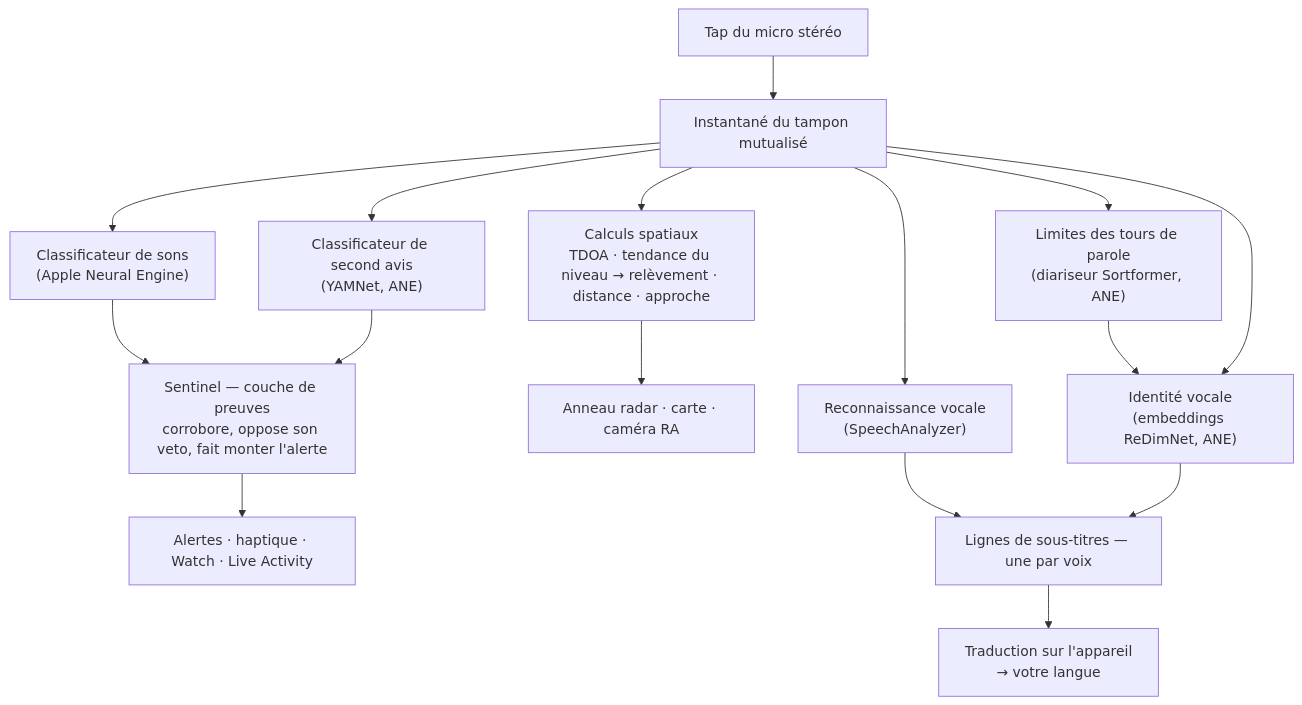
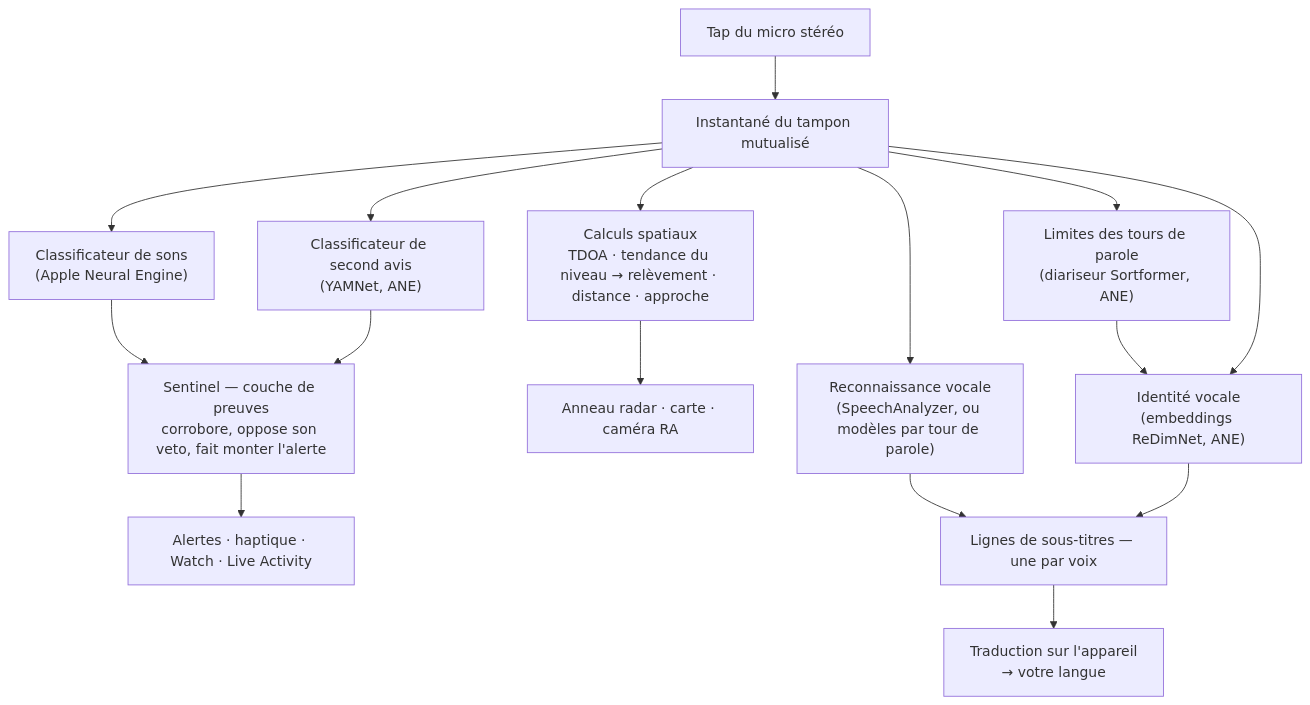
Before and after one commit to rpalm01-star/VigilantEarLegal: the second of 4 diagrams in README_fr.md, drawn with Mermaid. The commit also changed other lines of this file and 14 other files, not shown here.

````diff
--- a/README_fr.md
+++ b/README_fr.md
@@ -134,18 +145,18 @@
 ```mermaid
 graph TD
     A["Tap du micro stéréo"] --> B["Instantané du tampon mutualisé"]
     B --> C["Classificateur de sons<br/>(Apple Neural Engine)"]
     B --> Y["Classificateur de second avis<br/>(YAMNet, ANE)"]
     C --> S["Sentinel — couche de preuves<br/>corrobore, oppose son veto, fait monter l'alerte"]
     Y --> S
     S --> H["Alertes · haptique · Watch · Live Activity"]
     B --> D["Calculs spatiaux<br/>TDOA · tendance du niveau → relèvement · distance · approche"]
     D --> R["Anneau radar · carte · caméra RA"]
-    B --> F["Reconnaissance vocale<br/>(SpeechAnalyzer)"]
+    B --> F["Reconnaissance vocale<br/>(SpeechAnalyzer, ou modèles par tour de parole)"]
     B --> N["Limites des tours de parole<br/>(diariseur Sortformer, ANE)"]
     N --> E["Identité vocale<br/>(embeddings ReDimNet, ANE)"]
     B --> E
     F --> G["Lignes de sous-titres — une par voix"]
     E --> G
     G --> T["Traduction sur l'appareil<br/>→ votre langue"]
 ```
````
